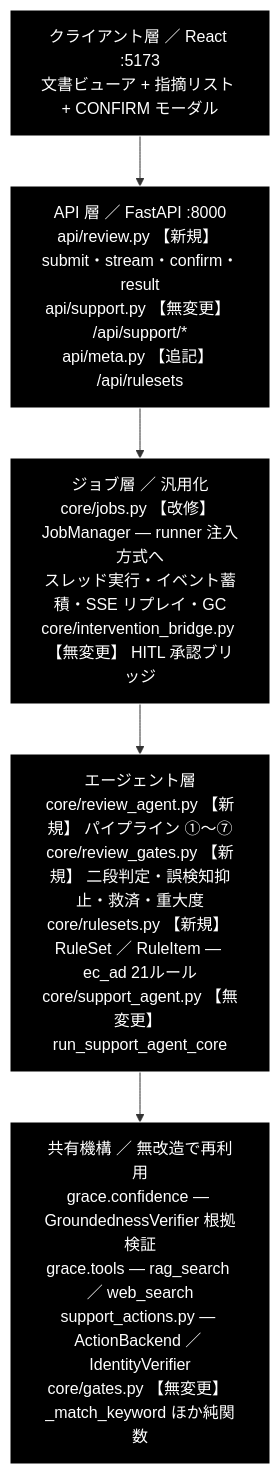
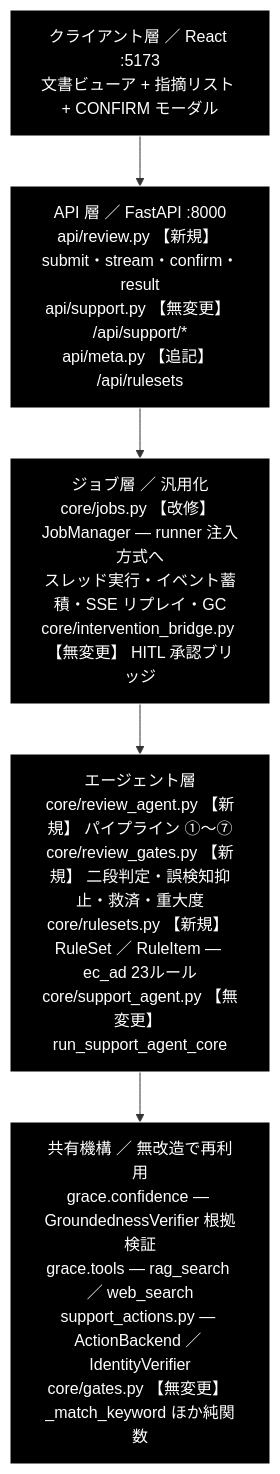
One commit to nakashima2toshio/grace_v2 changed the first of 6 diagrams in backend/docs/review_agent_spec.md. Above: the diagram before and after it, drawn with Mermaid. The commit also changed other lines of this file and 6 other files, not shown here.

````diff
--- a/backend/docs/review_agent_spec.md
+++ b/backend/docs/review_agent_spec.md
@@ -93,16 +93,16 @@
 ```mermaid
 flowchart TB
     CLIENT["クライアント層 ／ React :5173<br>文書ビューア + 指摘リスト + CONFIRM モーダル"]
     APILAYER["API 層 ／ FastAPI :8000<br>api/review.py 【新規】 submit・stream・confirm・result<br>api/support.py 【無変更】 /api/support/*<br>api/meta.py 【追記】 /api/rulesets"]
     JOBLAYER["ジョブ層 ／ 汎用化<br>core/jobs.py 【改修】 JobManager — runner 注入方式へ<br>スレッド実行・イベント蓄積・SSE リプレイ・GC<br>core/intervention_bridge.py 【無変更】 HITL 承認ブリッジ"]
-    AGENTS["エージェント層<br>core/review_agent.py 【新規】 パイプライン ①〜⑦<br>core/review_gates.py 【新規】 二段判定・誤検知抑止・救済・重大度<br>core/rulesets.py 【新規】 RuleSet ／ RuleItem — ec_ad 21ルール<br>core/support_agent.py 【無変更】 run_support_agent_core"]
+    AGENTS["エージェント層<br>core/review_agent.py 【新規】 パイプライン ①〜⑦<br>core/review_gates.py 【新規】 二段判定・誤検知抑止・救済・重大度<br>core/rulesets.py 【新規】 RuleSet ／ RuleItem — ec_ad 23ルール<br>core/support_agent.py 【無変更】 run_support_agent_core"]
     SHARED["共有機構 ／ 無改造で再利用<br>grace.confidence — GroundednessVerifier 根拠検証<br>grace.tools — rag_search ／ web_search<br>support_actions.py — ActionBackend ／ IdentityVerifier<br>core/gates.py 【無変更】 _match_keyword ほか純関数"]
 
     CLIENT --> APILAYER
     APILAYER --> JOBLAYER
     JOBLAYER --> AGENTS
     AGENTS --> SHARED
 classDef default fill:#000,stroke:#fff,color:#fff
 classDef subgraphStyle fill:#1a1a1a,stroke:#fff,color:#fff
 class CLIENT,APILAYER,JOBLAYER,AGENTS,SHARED default
 ```
````
